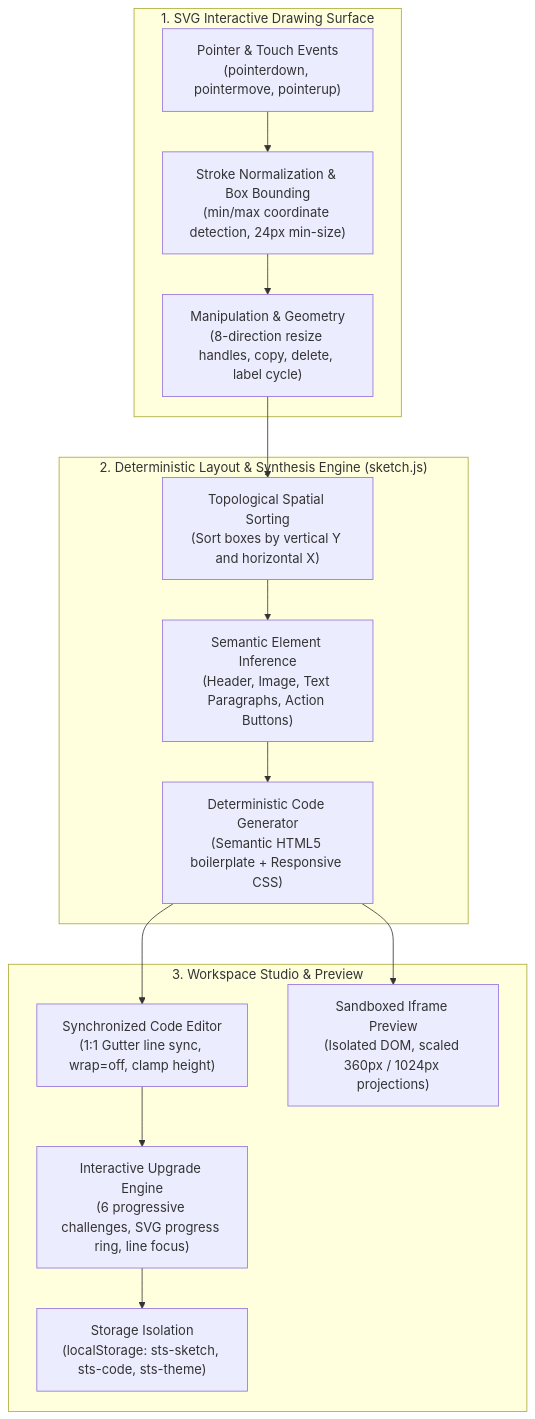
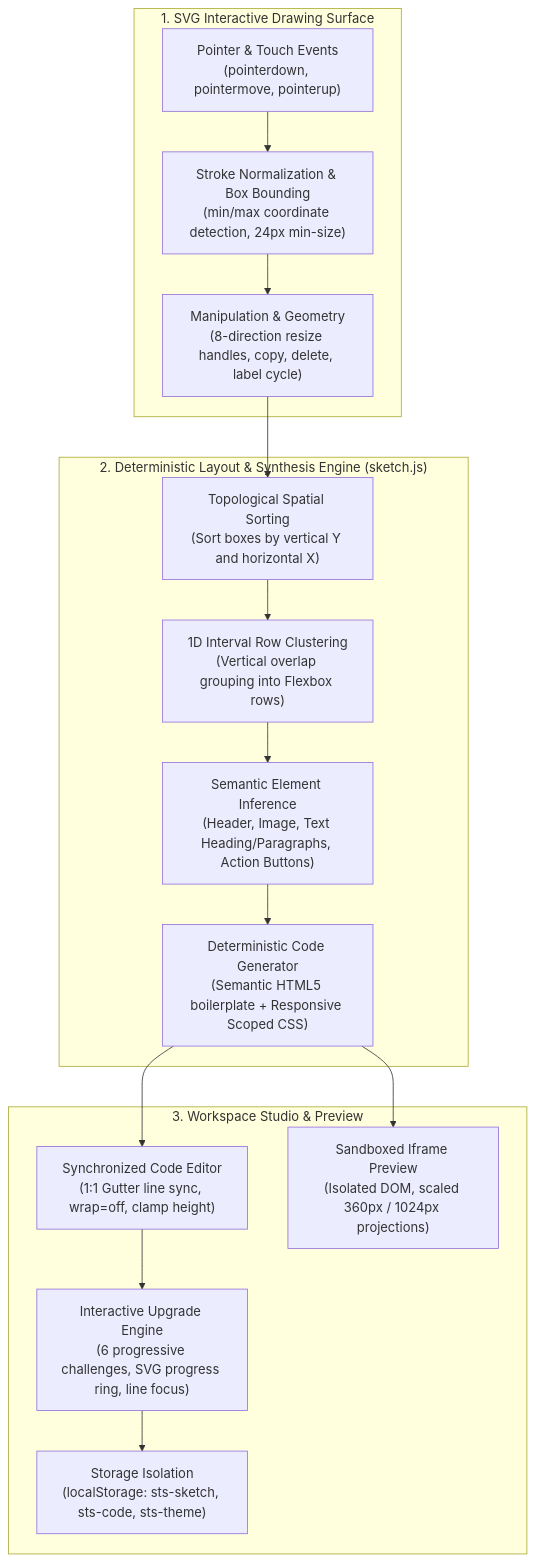
One commit to Pradeep-B28/Sketch_the_Site changed the diagram in README.md. Above: the diagram before and after it, drawn with Mermaid. The commit also changed other lines of this file, not shown here.

Commit message:
docs: update comprehensive architectural README to match repository standard

````diff
--- a/README.md
+++ b/README.md
@@ -19,31 +19,33 @@
 ```mermaid
 flowchart TD
     subgraph Canvas["1. SVG Interactive Drawing Surface"]
         Pointer["Pointer & Touch Events\n(pointerdown, pointermove, pointerup)"]
         BoundingBox["Stroke Normalization & Box Bounding\n(min/max coordinate detection, 24px min-size)"]
         Manipulation["Manipulation & Geometry\n(8-direction resize handles, copy, delete, label cycle)"]
     end
 
     subgraph Compiler["2. Deterministic Layout & Synthesis Engine (sketch.js)"]
         Sort["Topological Spatial Sorting\n(Sort boxes by vertical Y and horizontal X)"]
-        Classification["Semantic Element Inference\n(Header, Image, Text Paragraphs, Action Buttons)"]
-        CodeEmit["Deterministic Code Generator\n(Semantic HTML5 boilerplate + Responsive CSS)"]
+        Interval["1D Interval Row Clustering\n(Vertical overlap grouping into Flexbox rows)"]
+        Classification["Semantic Element Inference\n(Header, Image, Text Heading/Paragraphs, Action Buttons)"]
+        CodeEmit["Deterministic Code Generator\n(Semantic HTML5 boilerplate + Responsive Scoped CSS)"]
     end
 
     subgraph Studio["3. Workspace Studio & Preview"]
         Editor["Synchronized Code Editor\n(1:1 Gutter line sync, wrap=off, clamp height)"]
         Sandbox["Sandboxed Iframe Preview\n(Isolated DOM, scaled 360px / 1024px projections)"]
         Upgrades["Interactive Upgrade Engine\n(6 progressive challenges, SVG progress ring, line focus)"]
         Storage["Storage Isolation\n(localStorage: sts-sketch, sts-code, sts-theme)"]
     end
 
     Pointer --> BoundingBox
     BoundingBox --> Manipulation
     Manipulation --> Sort
-    Sort --> Classification
+    Sort --> Interval
+    Interval --> Classification
     Classification --> CodeEmit
     CodeEmit --> Editor
     CodeEmit --> Sandbox
     Editor --> Upgrades
     Upgrades --> Storage
 ```
````
